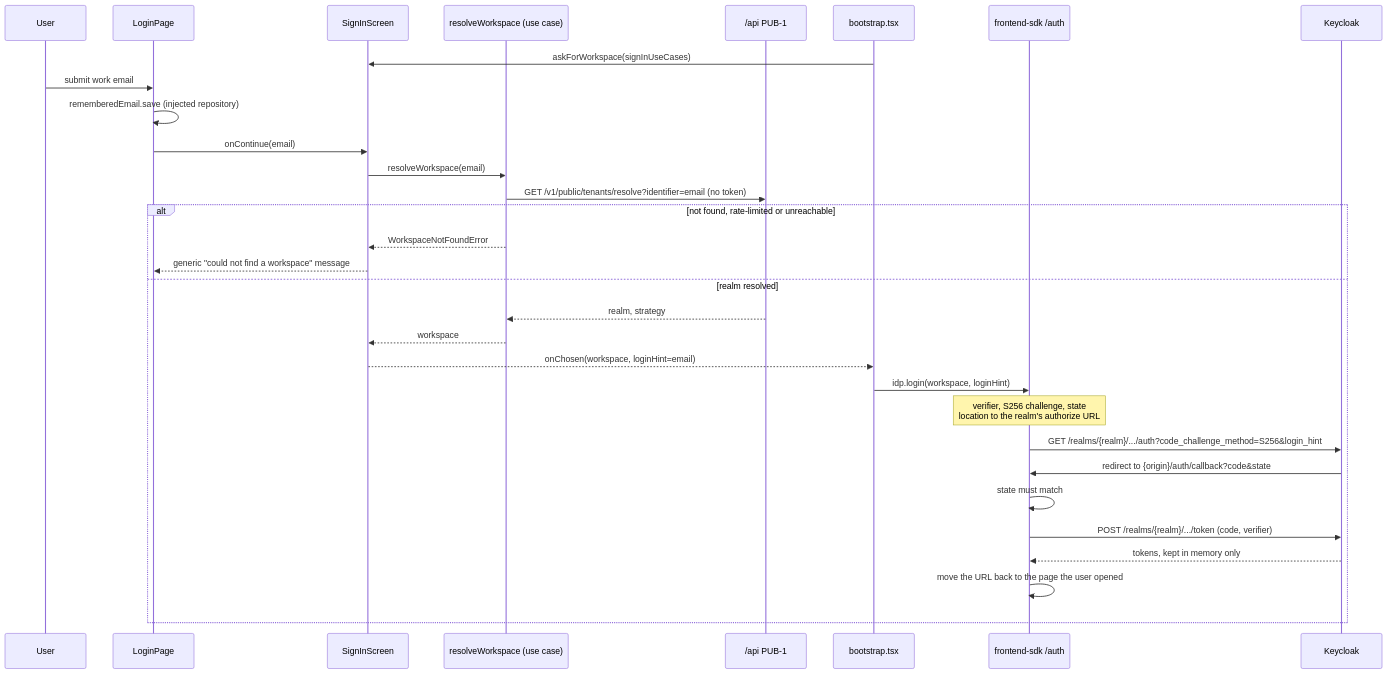
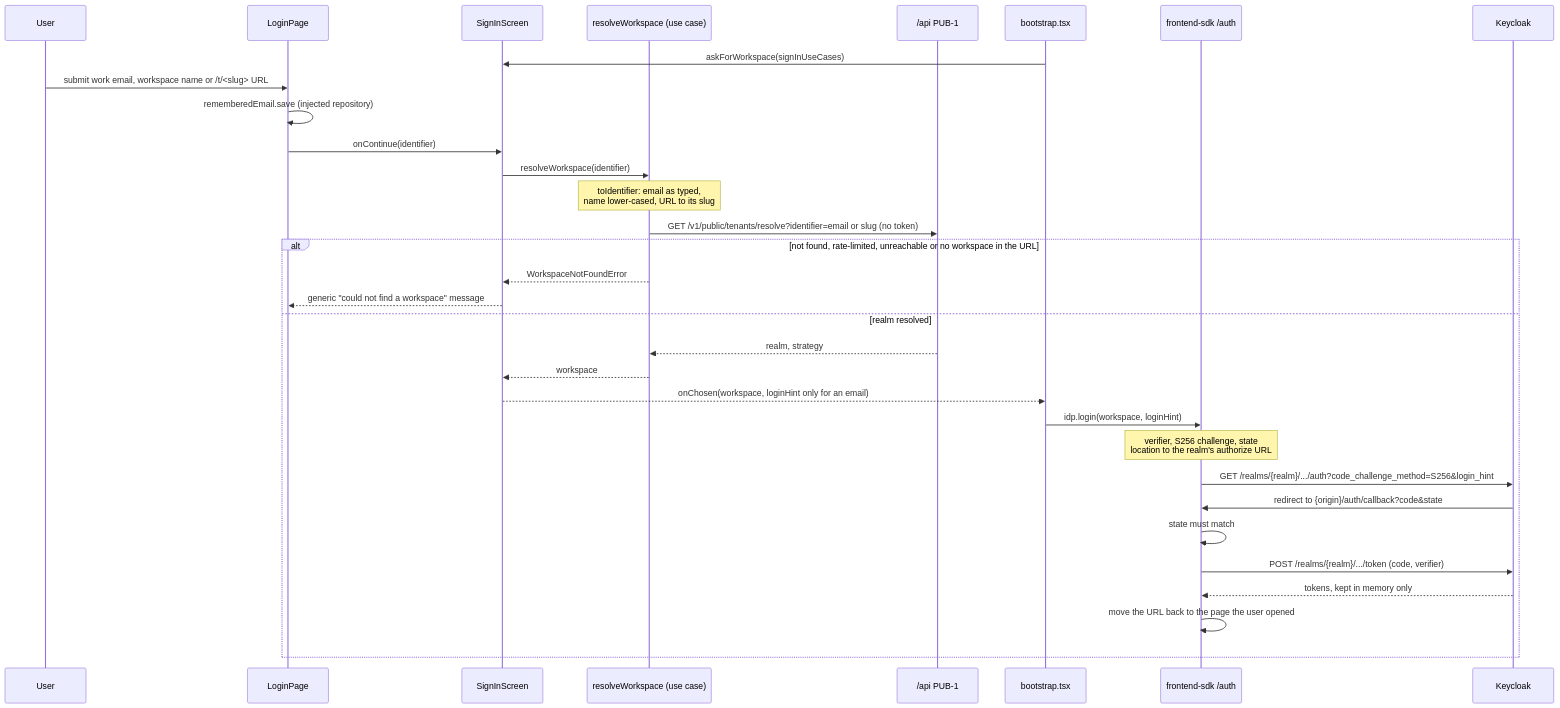
One commit to BCBP-SOLUTIONS-FZC-LLC/web-shell changed the diagram in docs/architecture/mermaid/sign-in-flow.mmd. Above: the diagram before and after it, drawn with Mermaid. The commit also changed 36 other files, not shown here.

First line of the commit message:
Let the sign-in box take a workspace name or URL, and add the IAM screens' UI permissions (#74)

```diff
--- a/docs/architecture/mermaid/sign-in-flow.mmd
+++ b/docs/architecture/mermaid/sign-in-flow.mmd
@@ -1,32 +1,33 @@
 sequenceDiagram
     participant User
     participant Login as LoginPage
     participant Screens as SignInScreen
     participant UC as resolveWorkspace (use case)
     participant IAM as /api PUB-1
     participant Boot as bootstrap.tsx
     participant SDK as frontend-sdk /auth
     participant KC as Keycloak
 
     Boot->>Screens: askForWorkspace(signInUseCases)
-    User->>Login: submit work email
+    User->>Login: submit work email, workspace name or /t/<slug> URL
     Login->>Login: rememberedEmail.save (injected repository)
-    Login->>Screens: onContinue(email)
-    Screens->>UC: resolveWorkspace(email)
-    UC->>IAM: GET /v1/public/tenants/resolve?identifier=email (no token)
-    alt not found, rate-limited or unreachable
+    Login->>Screens: onContinue(identifier)
+    Screens->>UC: resolveWorkspace(identifier)
+    Note over UC: toIdentifier: email as typed,<br/>name lower-cased, URL to its slug
+    UC->>IAM: GET /v1/public/tenants/resolve?identifier=email or slug (no token)
+    alt not found, rate-limited, unreachable or no workspace in the URL
         UC-->>Screens: WorkspaceNotFoundError
         Screens-->>Login: generic "could not find a workspace" message
     else realm resolved
         IAM-->>UC: realm, strategy
         UC-->>Screens: workspace
-        Screens-->>Boot: onChosen(workspace, loginHint=email)
+        Screens-->>Boot: onChosen(workspace, loginHint only for an email)
         Boot->>SDK: idp.login(workspace, loginHint)
         Note over SDK: verifier, S256 challenge, state<br/>location to the realm's authorize URL
         SDK->>KC: GET /realms/{realm}/.../auth?code_challenge_method=S256&login_hint
         KC->>SDK: redirect to {origin}/auth/callback?code&state
         SDK->>SDK: state must match
         SDK->>KC: POST /realms/{realm}/.../token (code, verifier)
         KC-->>SDK: tokens, kept in memory only
         SDK->>SDK: move the URL back to the page the user opened
     end
```
